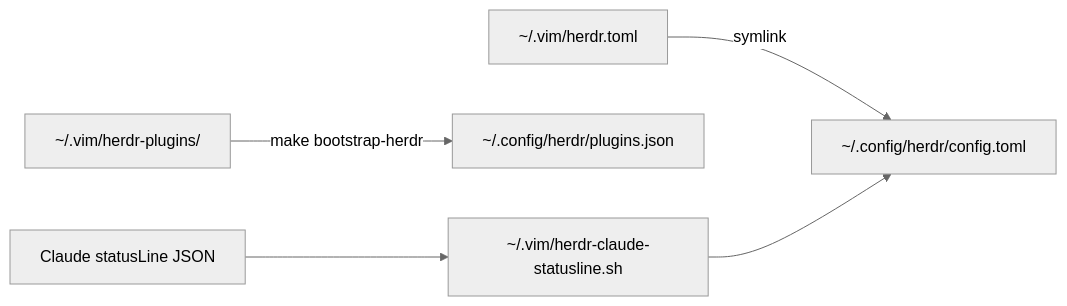
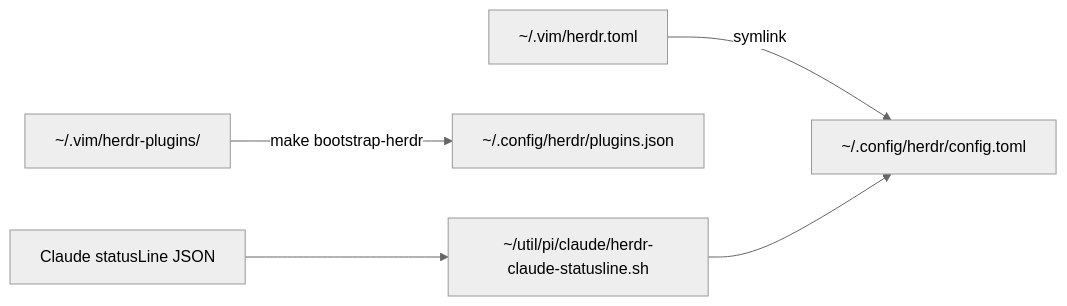
Before and after one commit to unphased/vim-config: the diagram in README.md, drawn with Mermaid (neutral theme). The commit also changed other lines of this file and 3 other files, not shown here.

First line of the commit message:
refactor(herdr): move Claude harness ownership to util

````diff
--- a/README.md
+++ b/README.md
@@ -30,6 +30,6 @@
 ```mermaid
 flowchart LR
     Config[~/.vim/herdr.toml] -->|symlink| Runtime[~/.config/herdr/config.toml]
     Plugins[~/.vim/herdr-plugins/] -->|make bootstrap-herdr| Registry[~/.config/herdr/plugins.json]
-    Claude[Claude statusLine JSON] --> Reporter[~/.vim/herdr-claude-statusline.sh] --> Runtime
+    Claude[Claude statusLine JSON] --> Reporter[~/util/pi/claude/herdr-claude-statusline.sh] --> Runtime
 ```
````
